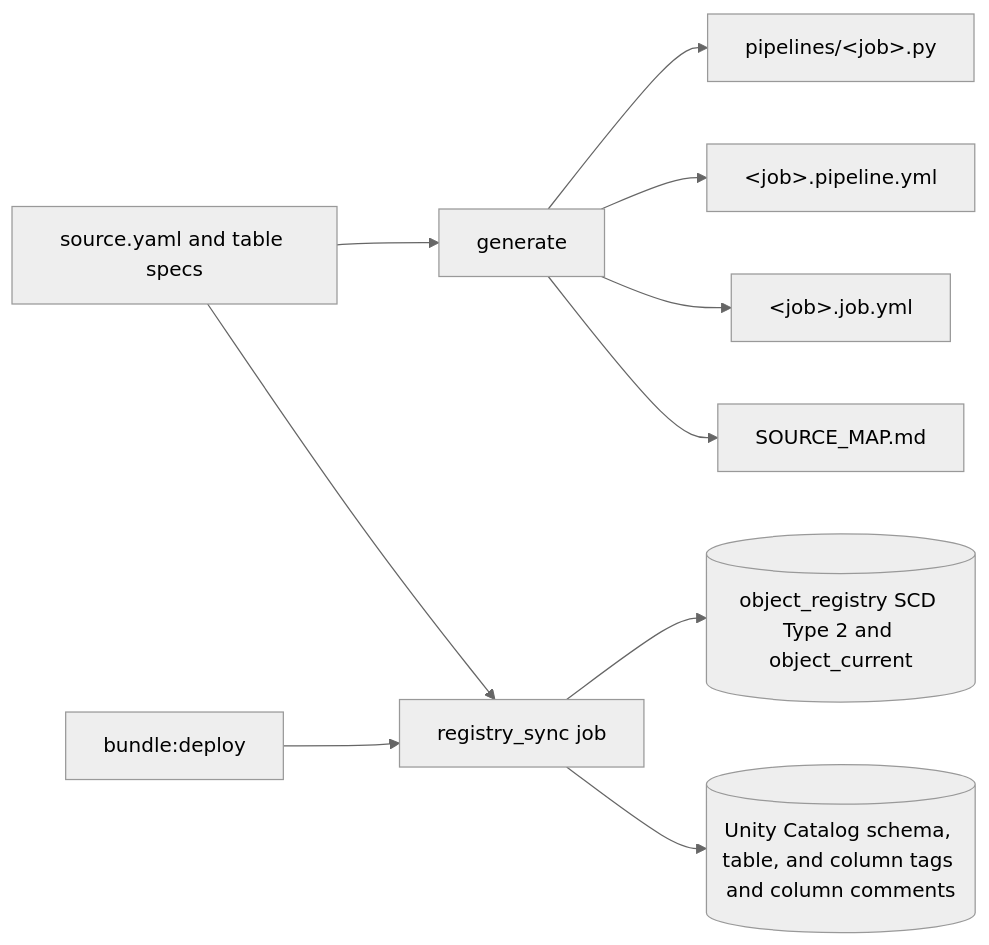
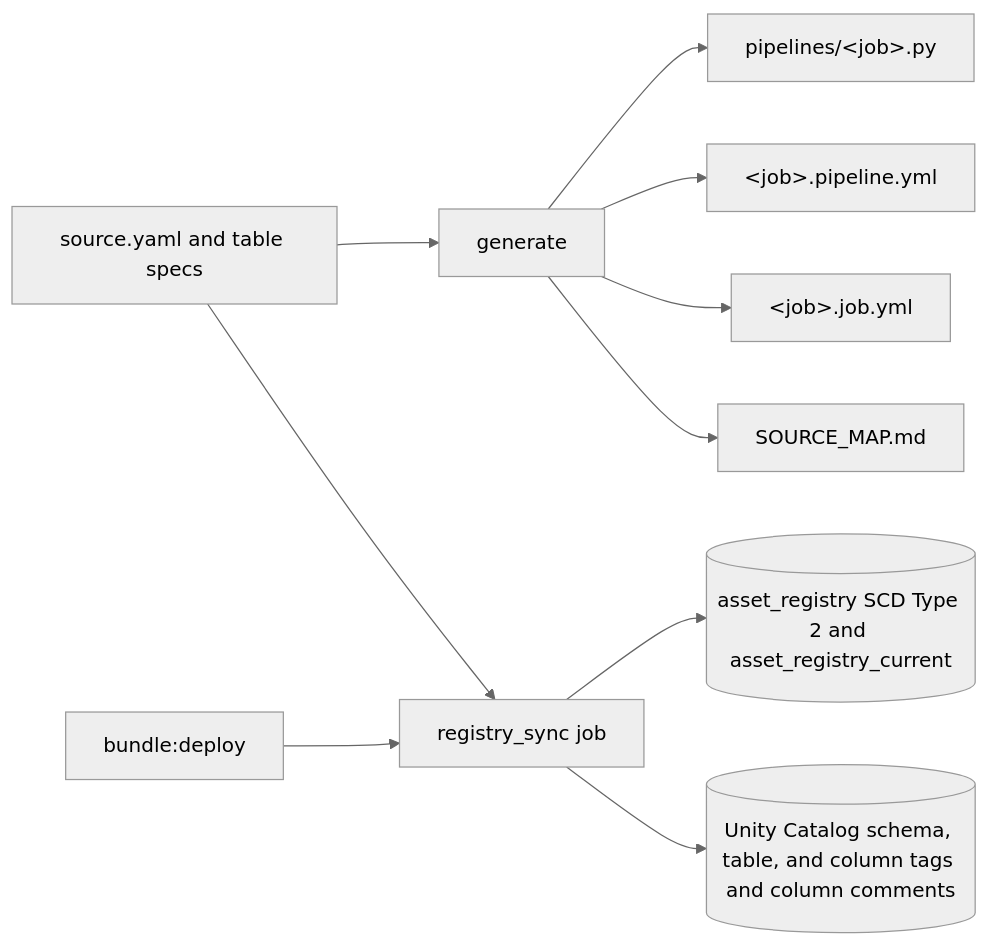
Before and after one commit to NitinKeshavB/framework: the first of 9 diagrams in framework_docs/ARCHITECTURE.md, drawn with Mermaid (neutral theme). The commit also changed other lines of this file and 19 other files, not shown here.

````diff
--- a/framework_docs/ARCHITECTURE.md
+++ b/framework_docs/ARCHITECTURE.md
@@ -44,12 +44,12 @@
 ```mermaid
 flowchart LR
   spec[source.yaml and table specs] --> generate[generate]
   generate --> pipelineFile["pipelines/&lt;job&gt;.py"]
   generate --> pipelineRes["&lt;job&gt;.pipeline.yml"]
   generate --> jobRes["&lt;job&gt;.job.yml"]
   generate --> map[SOURCE_MAP.md]
   deploy[bundle:deploy] --> registrySync[registry_sync job]
   spec --> registrySync
-  registrySync --> registry[(object_registry SCD Type 2 and object_current)]
+  registrySync --> registry[(asset_registry SCD Type 2 and asset_registry_current)]
   registrySync --> uc[(Unity Catalog schema, table, and column tags and column comments)]
 ```
````
